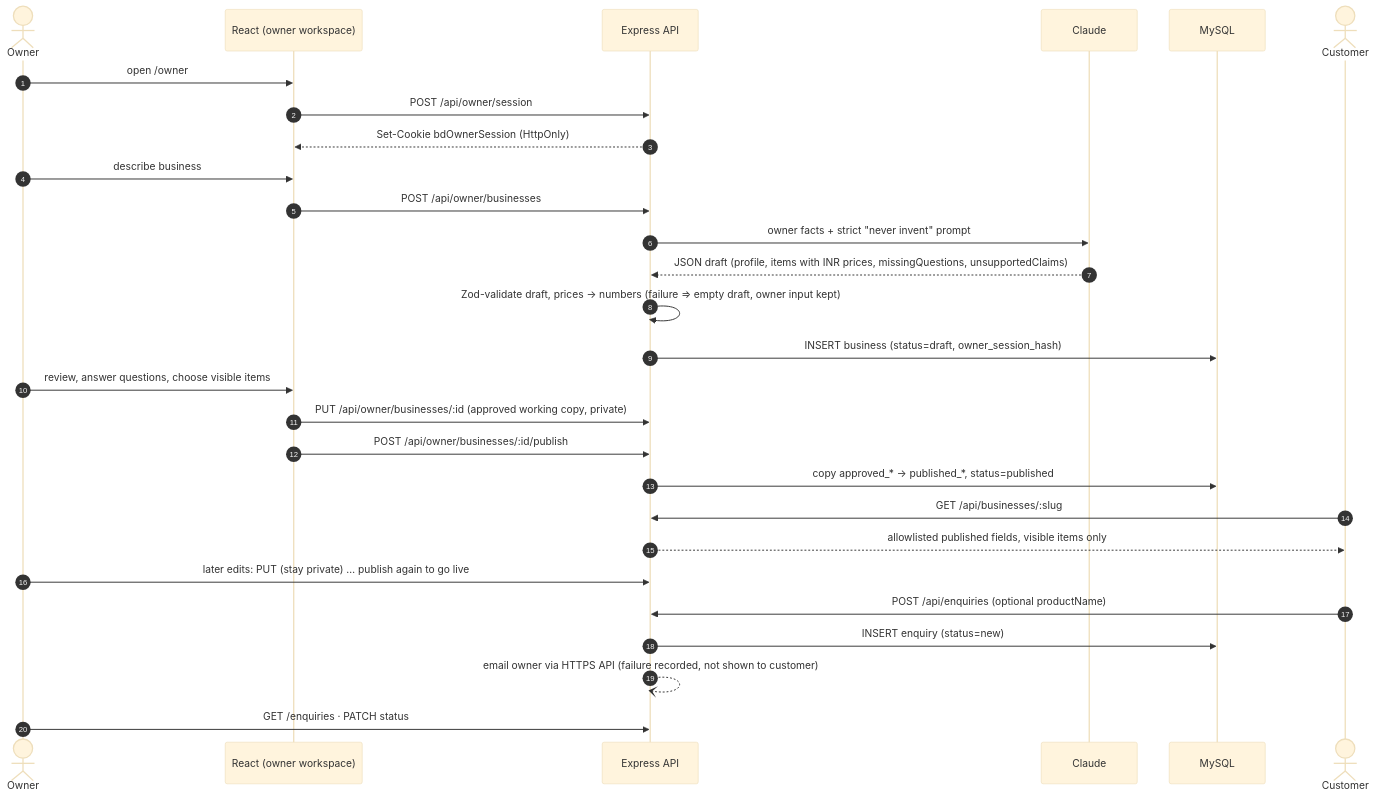
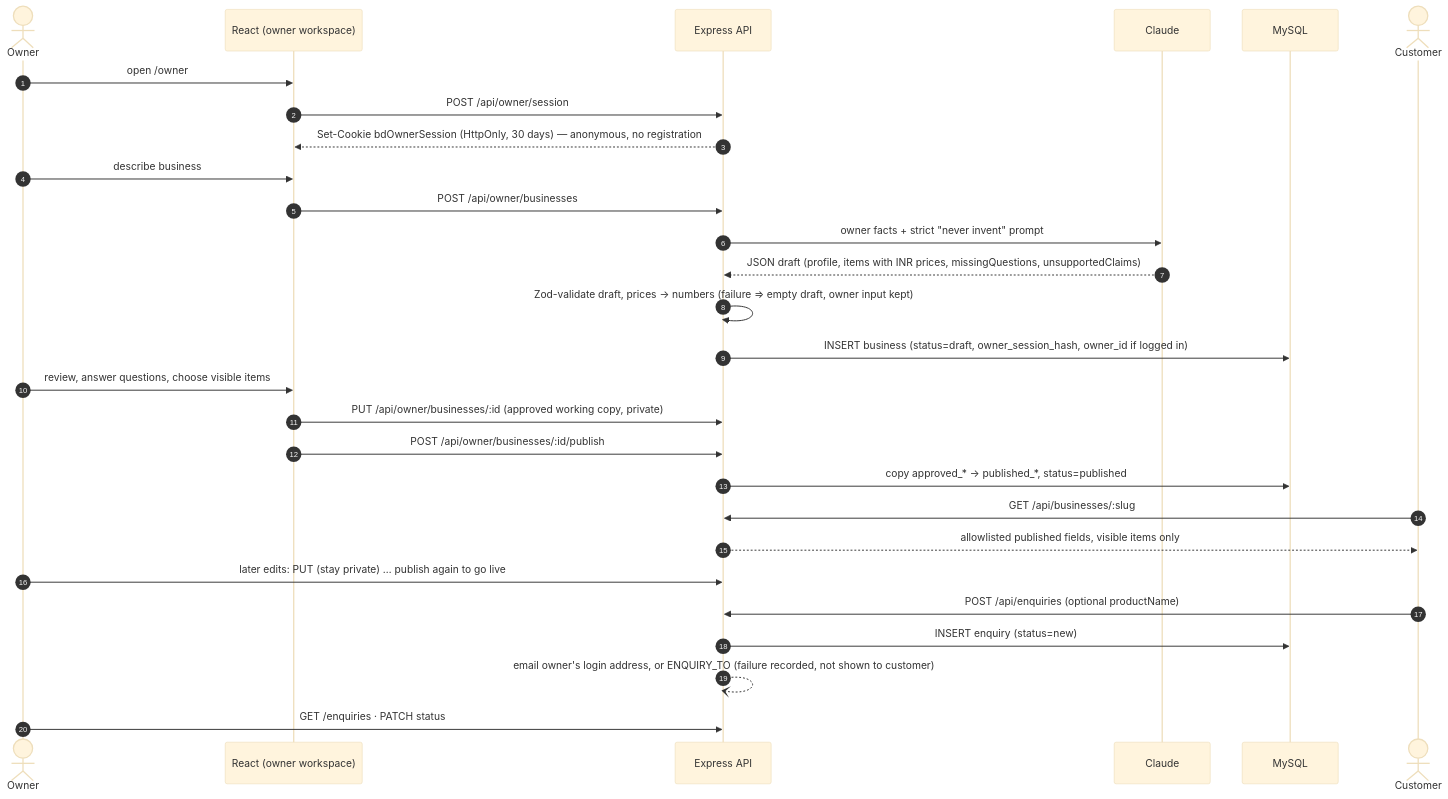
One commit to sakshi13-m/BizDwaar changed the second of 6 diagrams in docs/architecture.md. Above: the diagram before and after it, drawn with Mermaid (base theme). The commit also changed other lines of this file, not shown here.

First line of the commit message:
Docs(architecture): owner access sequence diagram and ownership rule

````diff
--- a/docs/architecture.md
+++ b/docs/architecture.md
@@ -51,31 +53,31 @@
 ```mermaid
 sequenceDiagram
   autonumber
   actor Owner
   participant UI as React (owner workspace)
   participant API as Express API
   participant Claude
   participant DB as MySQL
   actor Customer
 
   Owner->>UI: open /owner
   UI->>API: POST /api/owner/session
-  API-->>UI: Set-Cookie bdOwnerSession (HttpOnly)
+  API-->>UI: Set-Cookie bdOwnerSession (HttpOnly, 30 days) — anonymous, no registration
   Owner->>UI: describe business
   UI->>API: POST /api/owner/businesses
   API->>Claude: owner facts + strict "never invent" prompt
   Claude-->>API: JSON draft (profile, items with INR prices, missingQuestions, unsupportedClaims)
   API->>API: Zod-validate draft, prices → numbers (failure ⇒ empty draft, owner input kept)
-  API->>DB: INSERT business (status=draft, owner_session_hash)
+  API->>DB: INSERT business (status=draft, owner_session_hash, owner_id if logged in)
   Owner->>UI: review, answer questions, choose visible items
   UI->>API: PUT /api/owner/businesses/:id (approved working copy, private)
   UI->>API: POST /api/owner/businesses/:id/publish
   API->>DB: copy approved_* → published_*, status=published
   Customer->>API: GET /api/businesses/:slug
   API-->>Customer: allowlisted published fields, visible items only
   Owner->>API: later edits: PUT (stay private) … publish again to go live
   Customer->>API: POST /api/enquiries (optional productName)
   API->>DB: INSERT enquiry (status=new)
-  API--)API: email owner via HTTPS API (failure recorded, not shown to customer)
+  API--)API: email owner's login address, or ENQUIRY_TO (failure recorded, not shown to customer)
   Owner->>API: GET /enquiries · PATCH status
 ```
````
